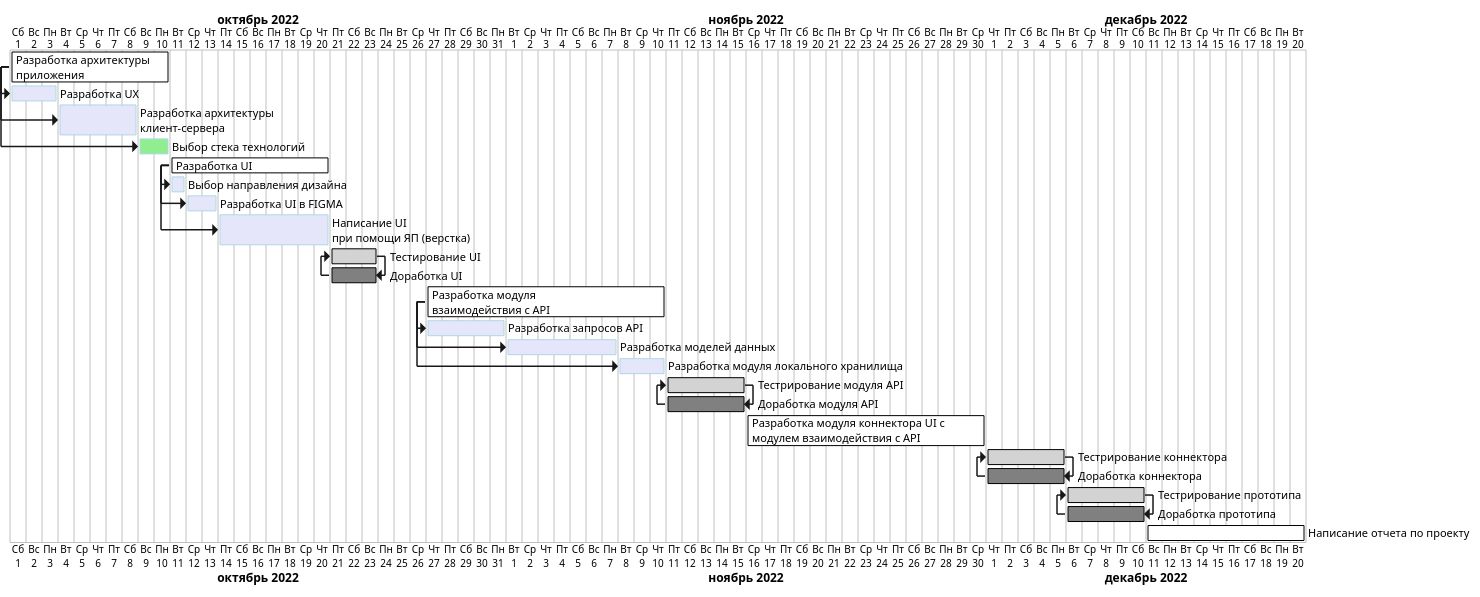
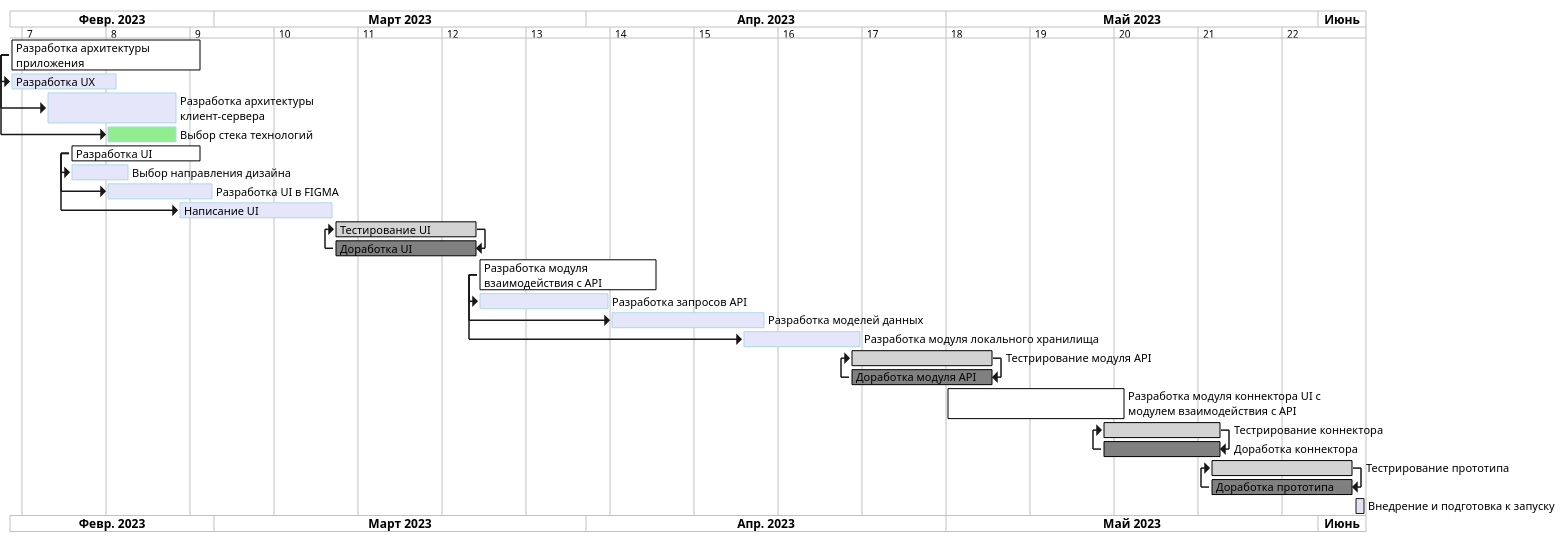
Before and after one commit to SilentSt/FastTasks: the diagram in uml/gant.puml, drawn with PlantUML. The commit also changed 22 other files, not shown here.

```diff
--- a/uml/gant.puml
+++ b/uml/gant.puml
@@ -1,66 +1,66 @@
 @startgantt gant
 'https://plantuml.com/gantt-diagram
 
+printscale weekly zoom 3
 language ru
-Project starts 2022-10-01
+Project starts 2023-02-12
 
-[Разработка архитектуры\nприложения] as [PLAN] lasts 10 days and is colored in White/Black
-[Разработка UX] as [UX] lasts 3 days
-[Разработка архитектуры\nклиент-сервера] as [CS] lasts 5 days and is colored in Lavender/LightBlue
-[Выбор стека технологий] as [CST] lasts 2 days and is colored in LightGreen/LightBlue
+[Разработка архитектуры\nприложения] as [PLAN] lasts 16 days and is colored in White/Black
+[Разработка UX] as [UX] lasts 9 days
+[Разработка архитектуры\nклиент-сервера] as [CS] lasts 11 days and is colored in Lavender/LightBlue
+[Выбор стека технологий] as [CST] lasts 6 days and is colored in LightGreen/LightBlue
 
-[Разработка UI] as [UI] lasts 10 days and is colored in White/Black
-[Выбор направления дизайна] as [DES] lasts 1 days and is colored in Lavender/LightBlue
-[Разработка UI в FIGMA] as [FIGMA] lasts 2 days and is colored in Lavender/LightBlue
-[Написание UI\nпри помощи ЯП (верстка)] as [VERST] lasts 7 days and is colored in Lavender/LightBlue
-[Тестирование UI] as [UIT] starts at 2022-10-21  and lasts 3 days and is colored in LightGrey/Black
-[Доработка UI] as [UIR] lasts 3 days and is colored in Grey/Black
+[Разработка UI] as [UI] lasts 11 days and is colored in White/Black and starts at 2023-02-17
+[Выбор направления дизайна] as [DES] lasts 5 days and is colored in Lavender/LightBlue
+[Разработка UI в FIGMA] as [FIGMA] lasts 9 days and is colored in Lavender/LightBlue
+[Написание UI] as [VERST] lasts 13 days and is colored in Lavender/LightBlue
 
-[Разработка модуля\nвзаимодействия с API] as [MAPI] lasts 15 days and is colored in White/Black and starts at 2022-10-27
-[Разработка запросов API] as [REQ] lasts 5 days and is colored in Lavender/LightBlue
-[Разработка моделей данных] as [MODEL] lasts 7 days and is colored in Lavender/LightBlue
-[Разработка модуля локального хранилища] as [STOR] lasts 3 days and is colored in Lavender/LightBlue
+[Тестирование UI] as [UIT] starts at 2023-03-11  and lasts 12 days and is colored in LightGrey/Black
+[Доработка UI] as [UIR] lasts 12 days and is colored in Grey/Black
 
-[Тестрирование модуля API] as [TAPI] lasts 5 days and is colored in LightGrey/Black
-[Доработка модуля API] as [DAPI] lasts 5 days and is colored in Grey/Black
+[Разработка модуля\nвзаимодействия с API] as [MAPI] lasts 15 days and is colored in White/Black and starts at 2023-03-23
+[Разработка запросов API] as [REQ] lasts 11 days and is colored in Lavender/LightBlue
+[Разработка моделей данных] as [MODEL] lasts 13 days and is colored in Lavender/LightBlue
+[Разработка модуля локального хранилища] as [STOR] lasts 10 days and is colored in Lavender/LightBlue
 
-[Разработка модуля коннектора UI с\nмодулем взаимодействия с API] as [LOGIC] lasts 15 days and is colored in White/Black and starts at 2022-11-16
+[Тестрирование модуля API] as [TAPI] lasts 12 days and is colored in LightGrey/Black and starts at 2023-04-23
+[Доработка модуля API] as [DAPI] lasts 12 days and is colored in Grey/Black
 
-[Тестрирование коннектора] as [TLOGIC] lasts 5 days and is colored in LightGrey/Black
-[Доработка коннектора] as [DLOGIC] lasts 5 days and is colored in Grey/Black
+[Разработка модуля коннектора UI с\nмодулем взаимодействия с API] as [LOGIC] lasts 15 days and is colored in White/Black and starts at 2023-05-01
 
-[Тестрирование прототипа] as [TPROT] lasts 5 days and is colored in LightGrey/Black
-[Доработка прототипа] as [DPROT] lasts 5 days and is colored in Grey/Black
+[Тестрирование коннектора] as [TLOGIC] lasts 10 days and is colored in LightGrey/Black and starts at 2023-05-14
+[Доработка коннектора] as [DLOGIC] lasts 10 days and is colored in Grey/Black
 
-[Написание отчета по проекту] as [OTCH] lasts 10 days and is colored in White/Black and starts at 2022-12-11
+[Тестрирование прототипа] as [TPROT] lasts 12 days and is colored in LightGrey/Black and starts at 2023-05-23
+[Доработка прототипа] as [DPROT] lasts 12 days and is colored in Grey/Black
 
-
+[Внедрение и подготовка к запуску] starts at 2023-06-04
 
 
 [UX] is colored in Lavender/LightBlue and starts at [PLAN]`s start
 [CS] starts 3 days after [PLAN]`s start
 [CST] starts 8 days after [PLAN]`s start
 
 [UI] starts at 2022-10-11
 [DES] starts at [UI]`s start
-[FIGMA] starts 1 days after [UI]`s start
-[VERST] starts 3 days after [UI]`s start
+[FIGMA] starts 3 days after [UI]`s start
+[VERST] starts 9 days after [UI]`s start
 
 [REQ] starts at [MAPI]`s start
-[MODEL] starts 5 days after [MAPI]`s start
-[STOR] starts 12 days after [MAPI]`s start
+[MODEL] starts 11 days after [MAPI]`s start
+[STOR] starts 22 days after [MAPI]`s start
 [UIT] starts at [UIR]`s start
 [UIR] ends at [UIT]`s end
 
 [TAPI] starts at 2022-11-11 and starts at [DAPI]`s start
 [DAPI] ends at [TAPI]`s end
 
 [TLOGIC] starts at 2022-12-1 and starts at [DLOGIC]`s start
 [DLOGIC] ends at [TLOGIC]`s end
 
 [TPROT] starts at 2022-12-6 and starts at [DPROT]`s start
 [DPROT] ends at [TPROT]`s end
 
 
 
 @endgantt
```
